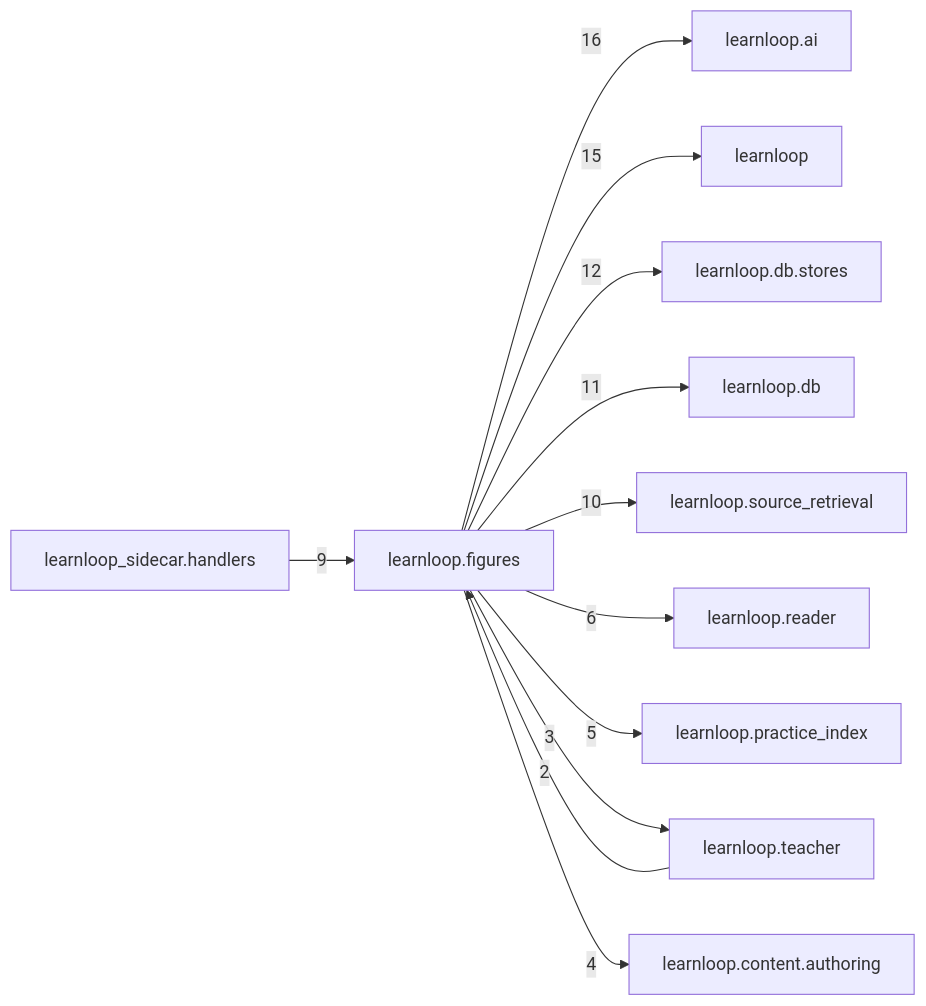
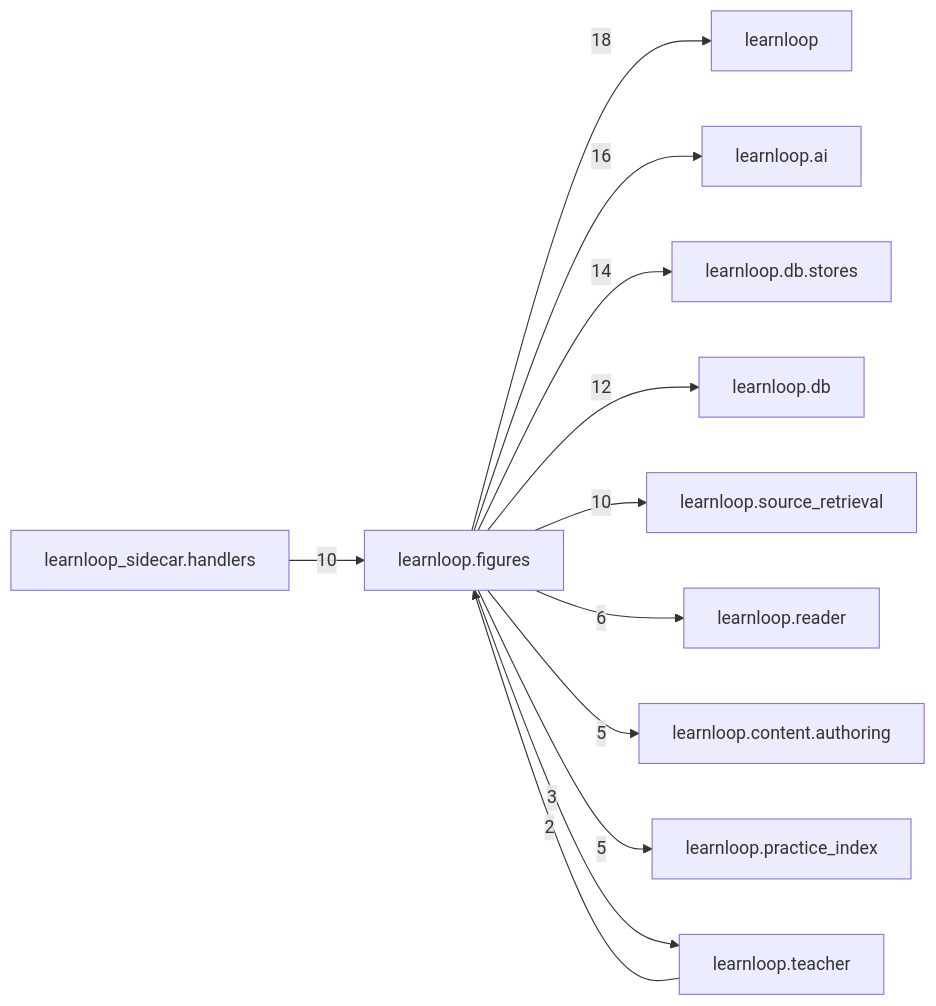
One commit to 6up-b/learnanything changed the diagram in docs/learnloop-architecture-vault/Reference/Modules/learnloop/figures/_package.md. Above: the diagram before and after it, drawn with Mermaid. The commit also changed other lines of this file and 536 other files, not shown here.

````diff
--- a/docs/learnloop-architecture-vault/Reference/Modules/learnloop/figures/_package.md
+++ b/docs/learnloop-architecture-vault/Reference/Modules/learnloop/figures/_package.md
@@ -116,25 +126,25 @@
 ```mermaid
 flowchart LR
     center["learnloop.figures"]
+    n_learnloop["learnloop"]
     n_learnloop_ai["learnloop.ai"]
-    n_learnloop["learnloop"]
     n_learnloop_db_stores["learnloop.db.stores"]
     n_learnloop_db["learnloop.db"]
     n_learnloop_source_retrieval["learnloop.source_retrieval"]
     n_learnloop_sidecar_handlers["learnloop_sidecar.handlers"]
     n_learnloop_reader["learnloop.reader"]
+    n_learnloop_content_authoring["learnloop.content.authoring"]
     n_learnloop_practice_index["learnloop.practice_index"]
     n_learnloop_teacher["learnloop.teacher"]
-    n_learnloop_content_authoring["learnloop.content.authoring"]
+    center -->|18| n_learnloop
     center -->|16| n_learnloop_ai
-    center -->|15| n_learnloop
-    center -->|12| n_learnloop_db_stores
-    center -->|11| n_learnloop_db
+    center -->|14| n_learnloop_db_stores
+    center -->|12| n_learnloop_db
     center -->|10| n_learnloop_source_retrieval
-    n_learnloop_sidecar_handlers -->|9| center
+    n_learnloop_sidecar_handlers -->|10| center
     center -->|6| n_learnloop_reader
+    center -->|5| n_learnloop_content_authoring
     center -->|5| n_learnloop_practice_index
     n_learnloop_teacher -->|2| center
     center -->|3| n_learnloop_teacher
-    center -->|4| n_learnloop_content_authoring
 ```
````
